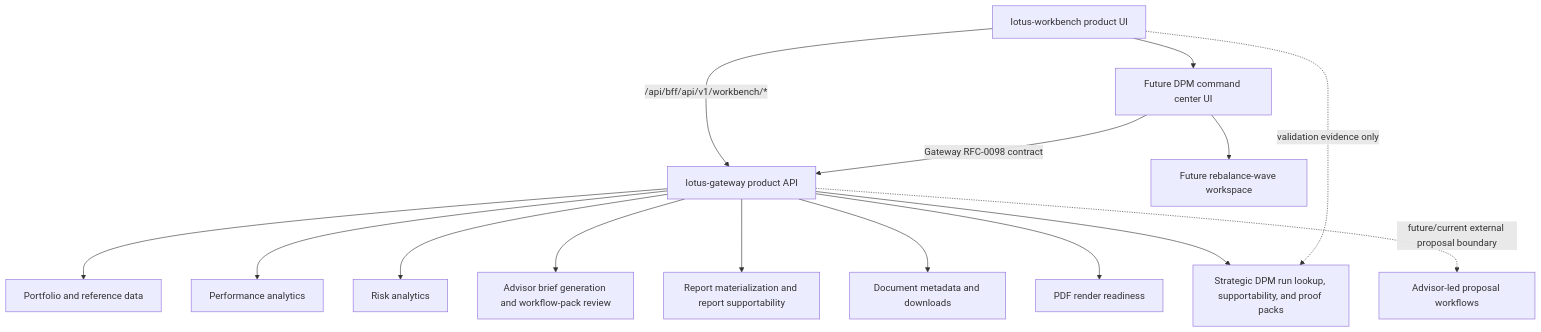
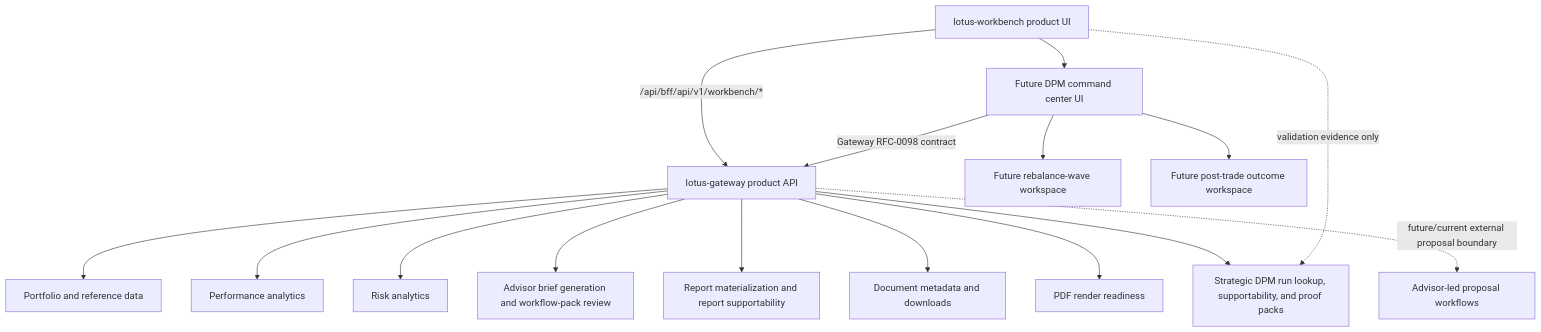
One commit to sgajbi/advisor-workbench changed the diagram in wiki/Integrations.md. Above: the diagram before and after it, drawn with Mermaid. The commit also changed other lines of this file and 6 other files, not shown here.

````diff
--- a/wiki/Integrations.md
+++ b/wiki/Integrations.md
@@ -75,31 +79,33 @@
 ```mermaid
 flowchart TB
   Workbench[lotus-workbench product UI]
   Gateway[lotus-gateway product API]
   Core[Portfolio and reference data]
   Performance[Performance analytics]
   Risk[Risk analytics]
   AI[Advisor brief generation and workflow-pack review]
   Report[Report materialization and report supportability]
   Archive[Document metadata and downloads]
   Render[PDF render readiness]
   Manage[Strategic DPM run lookup, supportability, and proof packs]
   Waves[Future rebalance-wave workspace]
+  Outcomes[Future post-trade outcome workspace]
   Advise[Advisor-led proposal workflows]
   DpmCenter[Future DPM command center UI]
 
   Workbench -->|/api/bff/api/v1/workbench/*| Gateway
   Workbench --> DpmCenter
   DpmCenter --> Waves
+  DpmCenter --> Outcomes
   DpmCenter -->|Gateway RFC-0098 contract| Gateway
   Gateway --> Core
   Gateway --> Performance
   Gateway --> Risk
   Gateway --> AI
   Gateway --> Report
   Gateway --> Archive
   Gateway --> Render
   Gateway --> Manage
   Gateway -. future/current external proposal boundary .-> Advise
   Workbench -. validation evidence only .-> Manage
 ```
````
